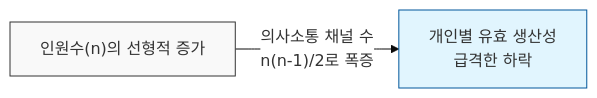
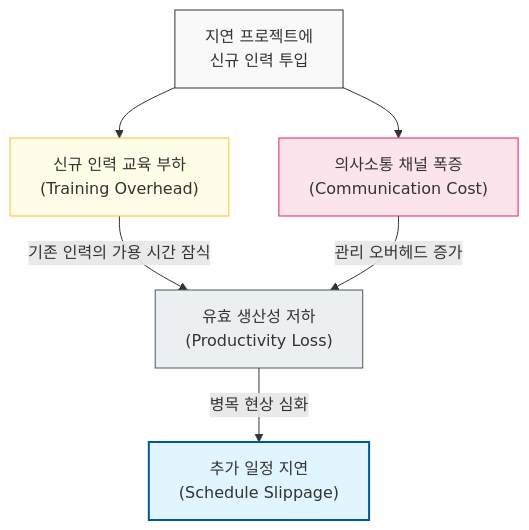
Before and after one commit to jeonck/ai-sw-engineering: the second of 2 diagrams in docs/laws/brooks-law.md, drawn with Mermaid. The commit also changed other lines of this file and 29 other files, not shown here.

````diff
--- a/docs/laws/brooks-law.md
+++ b/docs/laws/brooks-law.md
@@ -29,7 +30,16 @@
 ```mermaid
-%%{init: { 'theme': 'base', 'themeVariables': { 'edgeLabelBackground': '#fff' }}}%%
-flowchart LR
-    A2["인원수(n)의 선형적 증가"] -- "의사소통 채널 수\nn(n-1)/2로 폭증" --> B2["개인별 유효 생산성\n급격한 하락"]
-    style A2 fill:#f9f9f9,stroke:#333,stroke-width:1px
-    style B2 fill:#e1f5fe,stroke:#01579b,stroke-width:1px
+graph TD
+    Input["지연 프로젝트에\n신규 인력 투입"] --> Training["신규 인력 교육 부하\n(Training Overhead)"]
+    Input --> Communication["의사소통 채널 폭증\n(Communication Cost)"]
+    
+    Training -- "기존 인력의 가용 시간 잠식" --> Productivity["유효 생산성 저하\n(Productivity Loss)"]
+    Communication -- "관리 오버헤드 증가" --> Productivity
+    
+    Productivity -- "병목 현상 심화" --> Delay["추가 일정 지연\n(Schedule Slippage)"]
+    
+    style Input fill:#f9f9f9,stroke:#333,stroke-width:1px
+    style Training fill:#fffde7,stroke:#fbc02d,stroke-width:1px
+    style Communication fill:#fce4ec,stroke:#e91e63,stroke-width:1px
+    style Productivity fill:#eceff1,stroke:#455a64,stroke-width:1px
+    style Delay fill:#e1f5fe,stroke:#01579b,stroke-width:2px
 ```
````
